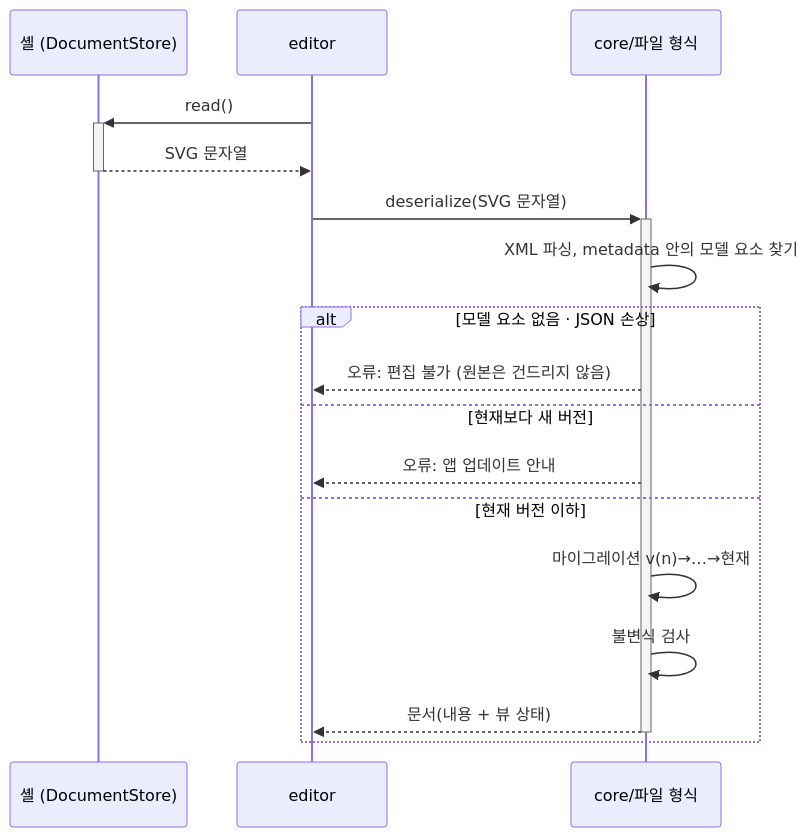
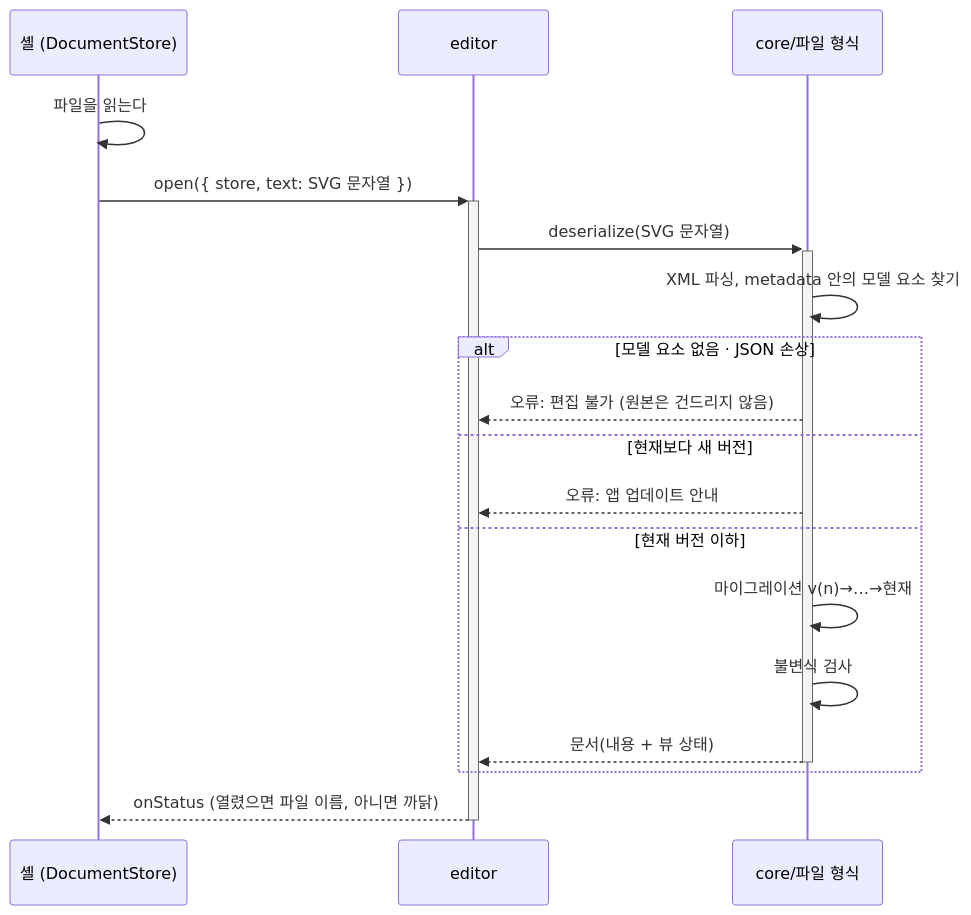
Before and after one commit to reddiana/AriadneNSD: the second of 2 diagrams in docs/05-spec/01-file-format.md, drawn with Mermaid. The commit also changed other lines of this file and 3 other files, not shown here.

````diff
--- a/docs/05-spec/01-file-format.md
+++ b/docs/05-spec/01-file-format.md
@@ -155,19 +209,20 @@
 ```mermaid
 sequenceDiagram
     participant S as 셸 (DocumentStore)
     participant E as editor
     participant F as core/파일 형식
-    E->>+S: read()
-    S-->>-E: SVG 문자열
+    S->>S: 파일을 읽는다
+    S->>+E: open({ store, text: SVG 문자열 })
     E->>+F: deserialize(SVG 문자열)
     F->>F: XML 파싱, metadata 안의 모델 요소 찾기
     alt 모델 요소 없음 · JSON 손상
         F-->>E: 오류: 편집 불가 (원본은 건드리지 않음)
     else 현재보다 새 버전
         F-->>E: 오류: 앱 업데이트 안내
     else 현재 버전 이하
         F->>F: 마이그레이션 v(n)→…→현재
         F->>F: 불변식 검사
         F-->>-E: 문서(내용 + 뷰 상태)
     end
+    E-->>-S: onStatus (열렸으면 파일 이름, 아니면 까닭)
 ```
````
